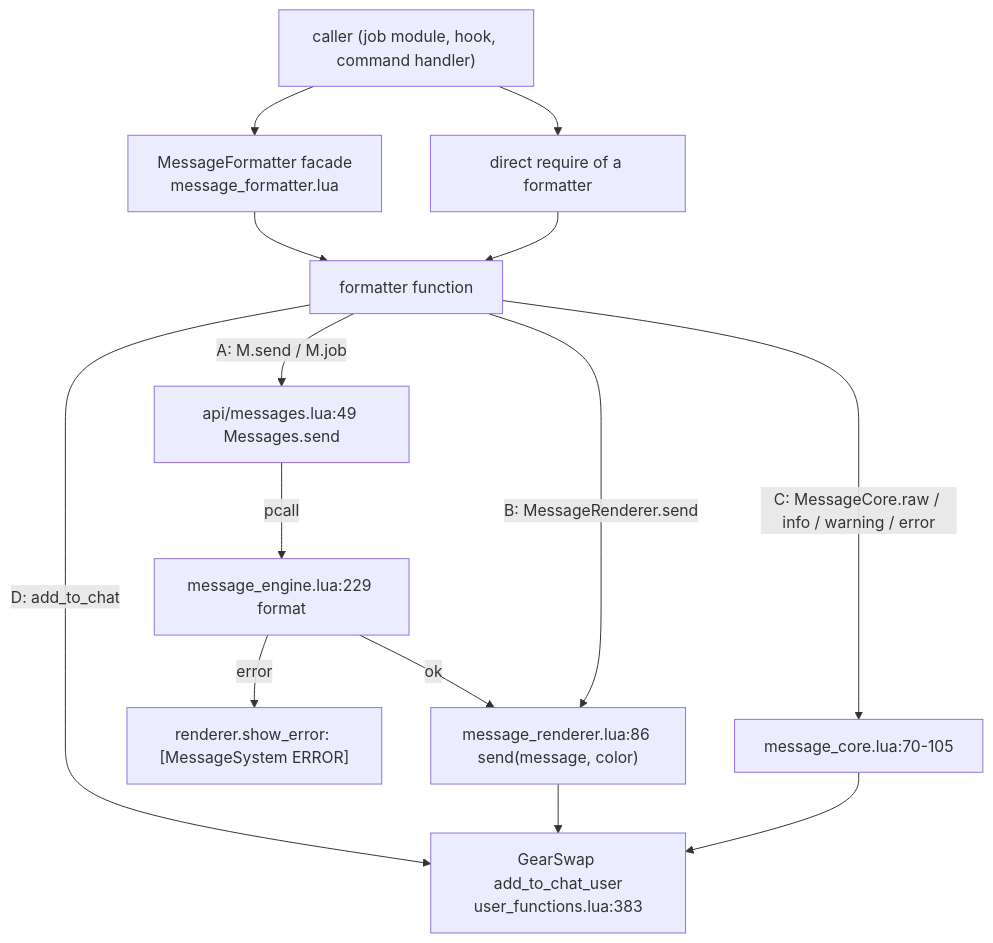
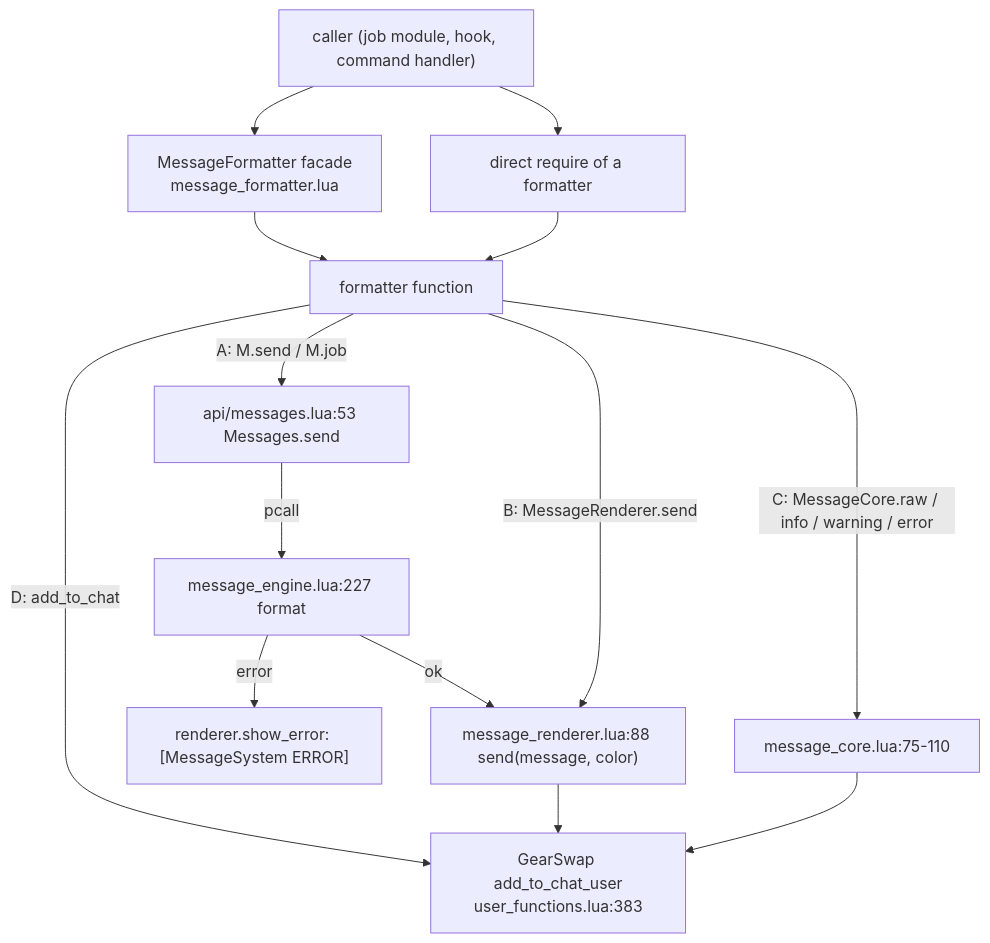
The diagram in docs/dev/systems/messages-formatters.md (ejouanchicot/Gearswap), drawn with Mermaid before and after one commit. The commit also changed other lines of this file and 81 other files, not shown here.

````diff
--- a/docs/dev/systems/messages-formatters.md
+++ b/docs/dev/systems/messages-formatters.md
@@ -70,16 +79,16 @@
 ```mermaid
 flowchart TD
     CALLER["caller (job module, hook, command handler)"] --> FAC["MessageFormatter facade<br/>message_formatter.lua"]
     CALLER --> DIRECT["direct require of a formatter"]
     FAC --> F["formatter function"]
     DIRECT --> F
-    F -->|"A: M.send / M.job"| API["api/messages.lua:49 Messages.send"]
-    API -->|pcall| ENG["message_engine.lua:229 format"]
-    ENG -->|"ok"| REND["message_renderer.lua:86 send(message, color)"]
+    F -->|"A: M.send / M.job"| API["api/messages.lua:53 Messages.send"]
+    API -->|pcall| ENG["message_engine.lua:227 format"]
+    ENG -->|"ok"| REND["message_renderer.lua:88 send(message, color)"]
     ENG -->|"error"| ERR["renderer.show_error: [MessageSystem ERROR]"]
     F -->|"B: MessageRenderer.send"| REND
-    F -->|"C: MessageCore.raw / info / warning / error"| CORE["message_core.lua:70-105"]
+    F -->|"C: MessageCore.raw / info / warning / error"| CORE["message_core.lua:75-110"]
     F -->|"D: add_to_chat"| ATC["GearSwap add_to_chat_user<br/>user_functions.lua:383"]
     REND --> ATC
     CORE --> ATC
 ```
````
